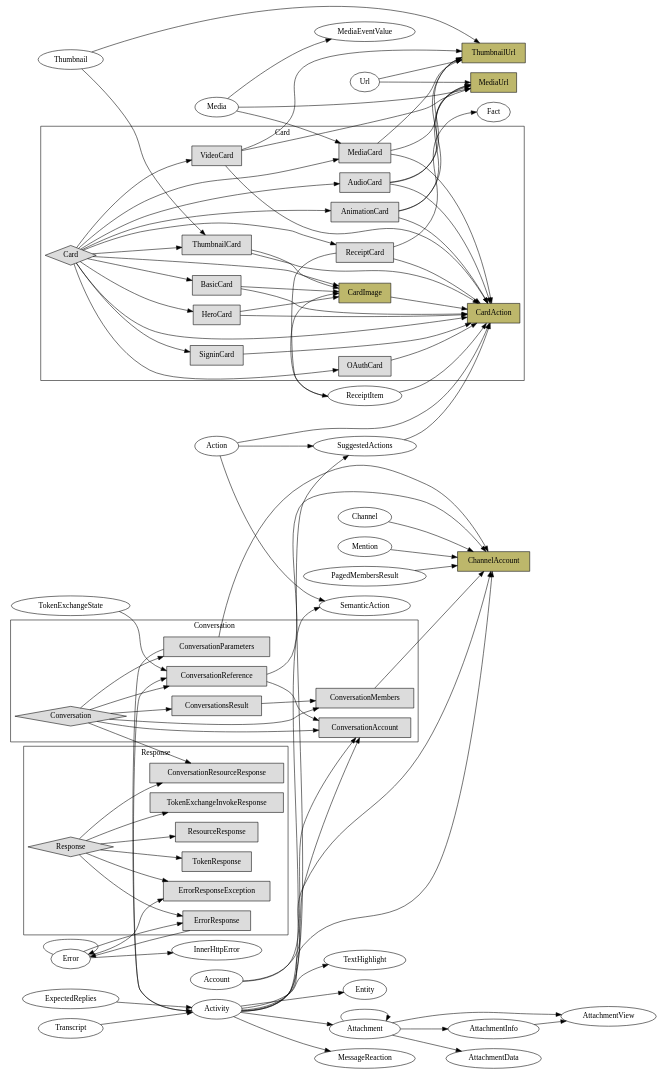
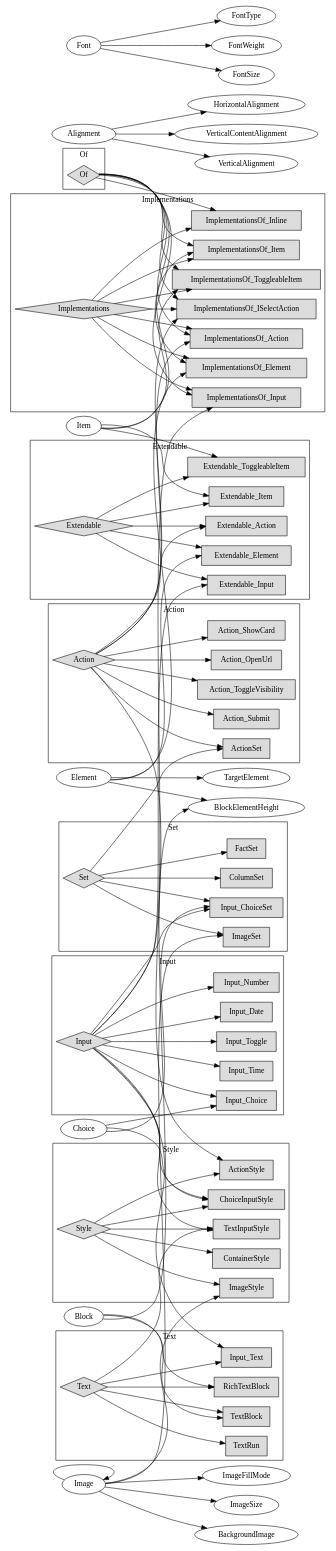
The diagram in sketches/botbuilder_schema_analysis/graph.gv (nathan-chappell/notes-on-bots), drawn with Graphviz before and after one commit. The commit also changed 7 other files, not shown here.

```diff
--- a/sketches/botbuilder_schema_analysis/graph.gv
+++ b/sketches/botbuilder_schema_analysis/graph.gv
@@ -4,209 +4,266 @@
   subgraph highIndegree {
     label=highIndegree
     node [style=filled, fillcolor=darkkhaki]
-    CardAction [shape=box]
-    CardImage [shape=box]
-    ChannelAccount [shape=box]
-    MediaUrl [shape=box]
-    ThumbnailUrl [shape=box]
+    
   }
   
   
-  subgraph cluster_Card {
-    label=Card
+  subgraph cluster_Implementations {
+    label=Implementations
     node [style=filled, fillcolor=gainsboro]
-    Card [shape=diamond]
-    AnimationCard [shape=box]
-    AudioCard [shape=box]
-    BasicCard [shape=box]
-    CardAction [shape=box]
-    CardImage [shape=box]
-    HeroCard [shape=box]
-    MediaCard [shape=box]
-    OAuthCard [shape=box]
-    ReceiptCard [shape=box]
-    SigninCard [shape=box]
-    ThumbnailCard [shape=box]
-    VideoCard [shape=box]
+    Implementations [shape=diamond]
+    ImplementationsOf_Item [shape=box]
+    ImplementationsOf_Action [shape=box]
+    ImplementationsOf_ISelectAction [shape=box]
+    ImplementationsOf_Element [shape=box]
+    ImplementationsOf_ToggleableItem [shape=box]
+    ImplementationsOf_Inline [shape=box]
+    ImplementationsOf_Input [shape=box]
   }
   
   
-  subgraph cluster_Response {
-    label=Response
+  subgraph cluster_Style {
+    label=Style
     node [style=filled, fillcolor=gainsboro]
-    Response [shape=diamond]
-    ConversationResourceResponse [shape=box]
-    ErrorResponse [shape=box]
-    ErrorResponseException [shape=box]
-    ResourceResponse [shape=box]
-    TokenExchangeInvokeResponse [shape=box]
-    TokenResponse [shape=box]
+    Style [shape=diamond]
+    ActionStyle [shape=box]
+    ChoiceInputStyle [shape=box]
+    ContainerStyle [shape=box]
+    ImageStyle [shape=box]
+    TextInputStyle [shape=box]
   }
   
   
-  subgraph cluster_Conversation {
-    label=Conversation
+  subgraph cluster_Of {
+    label=Of
     node [style=filled, fillcolor=gainsboro]
-    Conversation [shape=diamond]
-    ConversationAccount [shape=box]
-    ConversationMembers [shape=box]
-    ConversationParameters [shape=box]
-    ConversationReference [shape=box]
-    ConversationResourceResponse [shape=box]
-    ConversationsResult [shape=box]
+    Of [shape=diamond]
+    ImplementationsOf_Item [shape=box]
+    ImplementationsOf_Action [shape=box]
+    ImplementationsOf_ISelectAction [shape=box]
+    ImplementationsOf_Element [shape=box]
+    ImplementationsOf_ToggleableItem [shape=box]
+    ImplementationsOf_Inline [shape=box]
+    ImplementationsOf_Input [shape=box]
   }
+  
+  
+  subgraph cluster_Extendable {
+    label=Extendable
+    node [style=filled, fillcolor=gainsboro]
+    Extendable [shape=diamond]
+    Extendable_Action [shape=box]
+    Extendable_Element [shape=box]
+    Extendable_Input [shape=box]
+    Extendable_Item [shape=box]
+    Extendable_ToggleableItem [shape=box]
+  }
+  
+  
+  subgraph cluster_Text {
+    label=Text
+    node [style=filled, fillcolor=gainsboro]
+    Text [shape=diamond]
+    TextRun [shape=box]
+    Input_Text [shape=box]
+    RichTextBlock [shape=box]
+    TextBlock [shape=box]
+    TextInputStyle [shape=box]
+  }
+  
+  
+  subgraph cluster_Action {
+    label=Action
+    node [style=filled, fillcolor=gainsboro]
+    Action [shape=diamond]
+    Action_OpenUrl [shape=box]
+    Action_ShowCard [shape=box]
+    Action_Submit [shape=box]
+    Action_ToggleVisibility [shape=box]
+    ActionSet [shape=box]
+    ActionStyle [shape=box]
+    ImplementationsOf_Action [shape=box]
+    ImplementationsOf_ISelectAction [shape=box]
+    Extendable_Action [shape=box]
+  }
+  
+  
+  subgraph cluster_Set {
+    label=Set
+    node [style=filled, fillcolor=gainsboro]
+    Set [shape=diamond]
+    ActionSet [shape=box]
+    ColumnSet [shape=box]
+    FactSet [shape=box]
+    ImageSet [shape=box]
+    Input_ChoiceSet [shape=box]
+  }
+  
+  
+  subgraph cluster_Input {
+    label=Input
+    node [style=filled, fillcolor=gainsboro]
+    Input [shape=diamond]
+    Input_Choice [shape=box]
+    Input_ChoiceSet [shape=box]
+    Input_Date [shape=box]
+    Input_Number [shape=box]
+    Input_Text [shape=box]
+    Input_Time [shape=box]
+    Input_Toggle [shape=box]
+    ChoiceInputStyle [shape=box]
+    TextInputStyle [shape=box]
+    ImplementationsOf_Input [shape=box]
+    Extendable_Input [shape=box]
+  }
+  //Implementations
+  Implementations -> ImplementationsOf_Input
+  Implementations -> ImplementationsOf_ToggleableItem
+  Implementations -> ImplementationsOf_ISelectAction
+  Implementations -> ImplementationsOf_Action
+  Implementations -> ImplementationsOf_Element
+  Implementations -> ImplementationsOf_Inline
+  Implementations -> ImplementationsOf_Item
+  //Element
+  Element -> TargetElement
+  Element -> BlockElementHeight
+  Element -> Extendable_Element
+  Element -> ImplementationsOf_Element
+  //Block
+  Block -> BlockElementHeight
+  Block -> TextBlock
+  Block -> RichTextBlock
+  //Style
+  Style -> TextInputStyle
+  Style -> ImageStyle
+  Style -> ChoiceInputStyle
+  Style -> ActionStyle
+  Style -> ContainerStyle
+  //Item
+  Item -> Extendable_ToggleableItem
+  Item -> ImplementationsOf_Item
+  Item -> Extendable_Item
+  Item -> ImplementationsOf_ToggleableItem
+  //Alignment
+  Alignment -> VerticalAlignment
+  Alignment -> HorizontalAlignment
+  Alignment -> VerticalContentAlignment
+  //Of
+  Of -> ImplementationsOf_Input
+  Of -> ImplementationsOf_ToggleableItem
+  Of -> ImplementationsOf_ISelectAction
+  Of -> ImplementationsOf_Action
+  Of -> ImplementationsOf_Element
+  Of -> ImplementationsOf_Inline
+  Of -> ImplementationsOf_Item
+  //Extendable
+  Extendable -> Extendable_ToggleableItem
+  Extendable -> Extendable_Input
+  Extendable -> Extendable_Action
+  Extendable -> Extendable_Element
+  Extendable -> Extendable_Item
+  //Text
+  Text -> TextInputStyle
+  Text -> RichTextBlock
+  Text -> Input_Text
+  Text -> TextBlock
+  Text -> TextRun
+  //Choice
+  Choice -> Input_ChoiceSet
+  Choice -> ChoiceInputStyle
+  Choice -> Input_Choice
+  //Action
+  Action -> Action_ToggleVisibility
+  Action -> Action_OpenUrl
+  Action -> Action_Submit
+  Action -> ImplementationsOf_ISelectAction
+  Action -> ActionSet
+  Action -> ActionStyle
+  Action -> ImplementationsOf_Action
+  Action -> Extendable_Action
+  Action -> Action_ShowCard
+  //Font
+  Font -> FontSize
+  Font -> FontType
+  Font -> FontWeight
+  //Set
+  Set -> ColumnSet
+  Set -> Input_ChoiceSet
+  Set -> ActionSet
+  Set -> ImageSet
+  Set -> FactSet
+  //Image
+  Image -> ImageSize
+  Image -> BackgroundImage
+  Image -> ImageStyle
+  Image -> ImageSet
+  Image -> Image
+  Image -> ImageFillMode
+  //Input
+  Input -> ImplementationsOf_Input
+  Input -> Input_Time
+  Input -> TextInputStyle
+  Input -> Input_ChoiceSet
+  Input -> Input_Date
+  Input -> Input_Toggle
+  Input -> Input_Text
+  Input -> ChoiceInputStyle
+  Input -> Input_Choice
+  Input -> Input_Number
+  Input -> Extendable_Input
+  //Action_OpenUrl
+  //Action_ShowCard
+  //Action_Submit
+  //Action_ToggleVisibility
+  //TargetElement
+  //AdaptiveCard
+  //ActionSet
+  //Column
+  //ColumnSet
+  //Container
+  //Fact
+  //FactSet
+  //ImageSet
+  //TextRun
+  //Input_Choice
+  //Input_ChoiceSet
+  //Input_Date
+  //Input_Number
+  //Input_Text
+  //Input_Time
+  //Input_Toggle
   //Media
-  Media -> MediaCard
-  Media -> MediaUrl
-  Media -> MediaEventValue
-  //Error
-  Error -> ErrorResponseException
-  Error -> Error
-  Error -> ErrorResponse
-  Error -> InnerHttpError
-  //Thumbnail
-  Thumbnail -> ThumbnailUrl
-  Thumbnail -> ThumbnailCard
-  //Attachment
-  Attachment -> AttachmentData
-  Attachment -> AttachmentView
-  Attachment -> AttachmentInfo
-  Attachment -> Attachment
-  //Card
-  Card -> AudioCard
-  Card -> OAuthCard
-  Card -> AnimationCard
-  Card -> ThumbnailCard
-  Card -> CardImage
-  Card -> SigninCard
-  Card -> MediaCard
-  Card -> CardAction
-  Card -> ReceiptCard
-  Card -> BasicCard
-  Card -> HeroCard
-  Card -> VideoCard
-  //Account
-  Account -> ChannelAccount
-  Account -> ConversationAccount
-  //Channel
-  Channel -> ChannelAccount
-  //Response
-  Response -> TokenResponse
-  Response -> ErrorResponse
-  Response -> TokenExchangeInvokeResponse
-  Response -> ResourceResponse
-  Response -> ErrorResponseException
-  Response -> ConversationResourceResponse
-  //Conversation
-  Conversation -> ConversationReference
-  Conversation -> ConversationsResult
-  Conversation -> ConversationMembers
-  Conversation -> ConversationAccount
-  Conversation -> ConversationParameters
-  Conversation -> ConversationResourceResponse
-  //Url
-  Url -> MediaUrl
-  Url -> ThumbnailUrl
-  //Action
-  Action -> CardAction
-  Action -> SemanticAction
-  Action -> SuggestedActions
-  //Activity
-  Activity -> SemanticAction
-  Activity -> SuggestedActions
-  Activity -> MessageReaction
-  Activity -> ConversationReference
-  Activity -> ChannelAccount
-  Activity -> Attachment
-  Activity -> TextHighlight
-  Activity -> Entity
-  Activity -> ConversationAccount
-  //AnimationCard
-  AnimationCard -> CardAction
-  AnimationCard -> MediaUrl
-  AnimationCard -> ThumbnailUrl
-  //AttachmentData
-  //AttachmentInfo
-  AttachmentInfo -> AttachmentView
-  //AttachmentView
-  //AudioCard
-  AudioCard -> CardAction
-  AudioCard -> MediaUrl
-  AudioCard -> ThumbnailUrl
-  //BasicCard
-  BasicCard -> CardAction
-  BasicCard -> CardImage
-  //CardAction
-  //CardImage
-  CardImage -> CardAction
-  //ChannelAccount
-  //ConversationAccount
-  //ConversationMembers
-  ConversationMembers -> ChannelAccount
-  //ConversationParameters
-  ConversationParameters -> ChannelAccount
-  ConversationParameters -> Activity
-  //ConversationReference
-  ConversationReference -> ChannelAccount
-  ConversationReference -> ConversationAccount
-  //ConversationResourceResponse
-  //ConversationsResult
-  ConversationsResult -> ConversationMembers
-  //ExpectedReplies
-  ExpectedReplies -> Activity
-  //Entity
-  //ErrorResponse
-  ErrorResponse -> Error
-  //ErrorResponseException
-  //Fact
-  //GeoCoordinates
-  //HeroCard
-  HeroCard -> CardAction
-  HeroCard -> CardImage
-  //InnerHttpError
-  //MediaCard
-  MediaCard -> CardAction
-  MediaCard -> MediaUrl
-  MediaCard -> ThumbnailUrl
-  //MediaEventValue
-  //MediaUrl
-  //Mention
-  Mention -> ChannelAccount
-  //MessageReaction
-  //OAuthCard
-  OAuthCard -> CardAction
-  //PagedMembersResult
-  PagedMembersResult -> ChannelAccount
-  //Place
-  //ReceiptCard
-  ReceiptCard -> Fact
-  ReceiptCard -> CardAction
-  ReceiptCard -> ReceiptItem
-  //ReceiptItem
-  ReceiptItem -> CardAction
-  ReceiptItem -> CardImage
-  //ResourceResponse
-  //SemanticAction
-  //SigninCard
-  SigninCard -> CardAction
-  //SuggestedActions
-  SuggestedActions -> CardAction
-  //TextHighlight
-  //Thing
-  //ThumbnailCard
-  ThumbnailCard -> CardAction
-  ThumbnailCard -> CardImage
-  //ThumbnailUrl
-  //TokenExchangeInvokeRequest
-  //TokenExchangeInvokeResponse
-  //TokenExchangeState
-  TokenExchangeState -> ConversationReference
-  //TokenRequest
-  //TokenResponse
-  //Transcript
-  Transcript -> Activity
-  //VideoCard
-  VideoCard -> CardAction
-  VideoCard -> MediaUrl
-  VideoCard -> ThumbnailUrl
+  //MediaSource
+  //RichTextBlock
+  //TextBlock
+  //ActionStyle
+  //BlockElementHeight
+  //ChoiceInputStyle
+  //Colors
+  //ContainerStyle
+  //FallbackOption
+  //FontSize
+  //FontType
+  //FontWeight
+  //HorizontalAlignment
+  //ImageFillMode
+  //ImageSize
+  //ImageStyle
+  //Spacing
+  //TextInputStyle
+  //VerticalAlignment
+  //VerticalContentAlignment
+  //BackgroundImage
+  //ImplementationsOf_Item
+  //ImplementationsOf_Action
+  //ImplementationsOf_ISelectAction
+  //ImplementationsOf_Element
+  //ImplementationsOf_ToggleableItem
+  //ImplementationsOf_Inline
+  //ImplementationsOf_Input
+  //Extendable_Action
+  //Extendable_Element
+  //Extendable_Input
+  //Extendable_Item
+  //Extendable_ToggleableItem
 }
```
